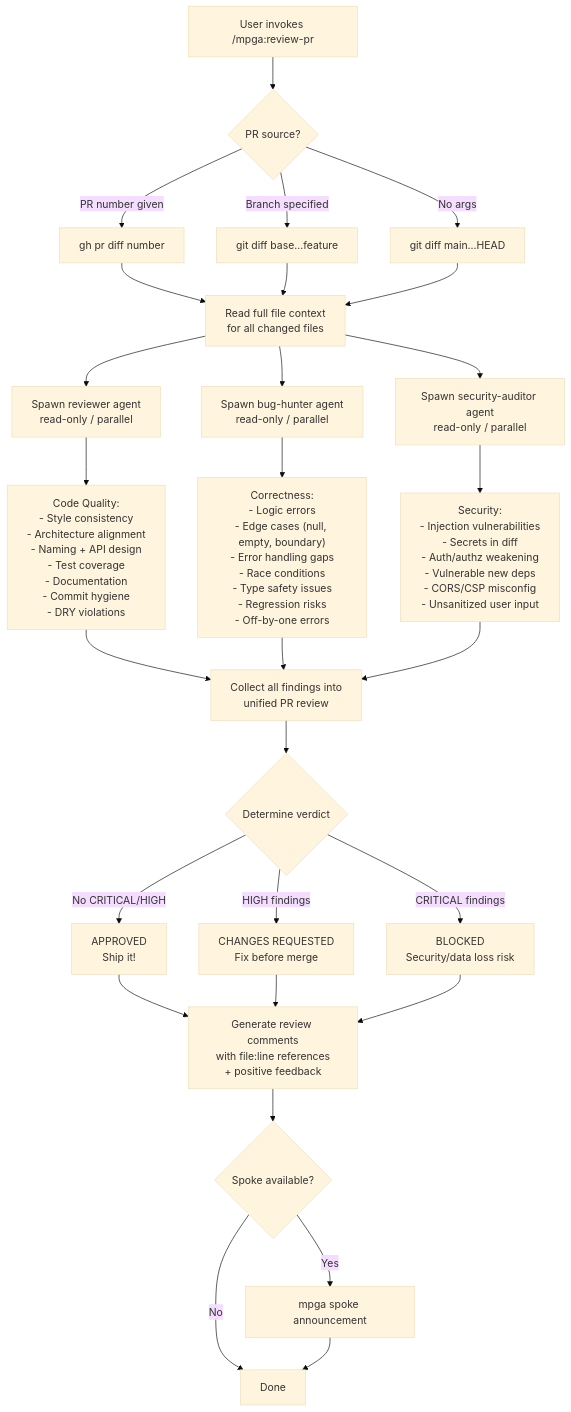
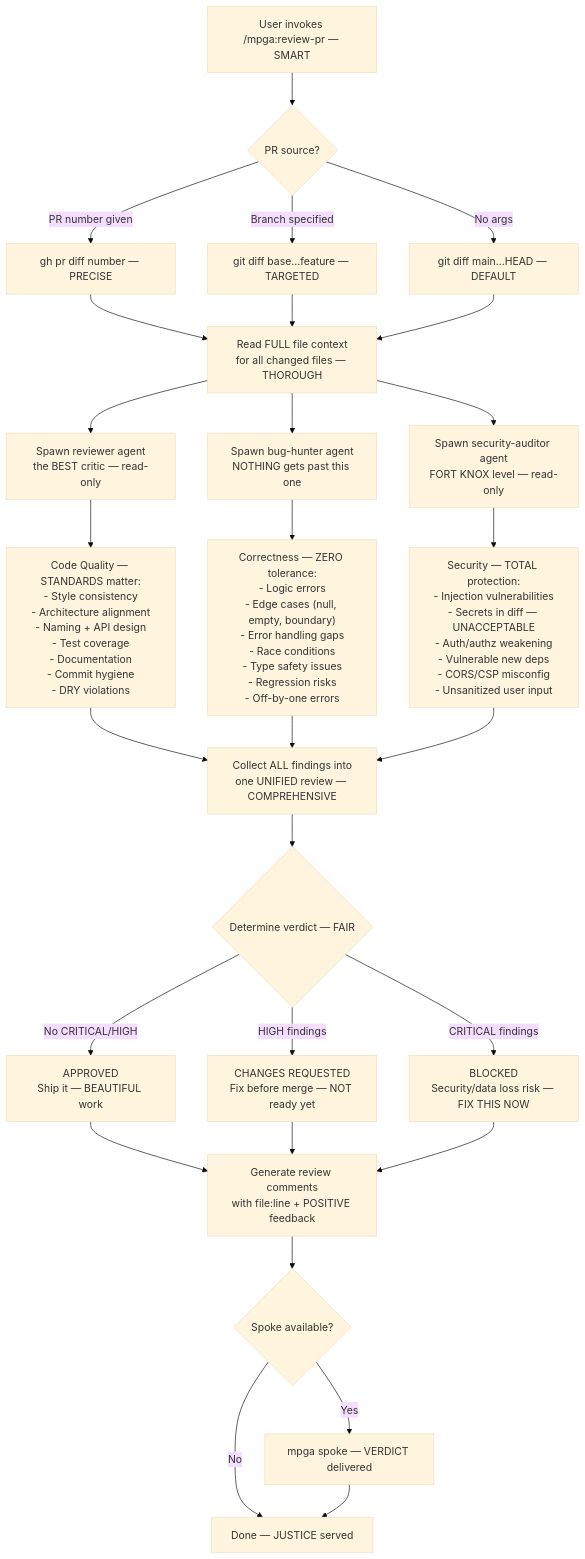
One commit to benrben/MPGA changed the diagram in docs/diagrams/skills/review-pr.md. Above: the diagram before and after it, drawn with Mermaid (base theme). The commit also changed other lines of this file and 28 other files, not shown here.

First line of the commit message:
style: Trumpify all workflow diagrams — TREMENDOUS Mermaid charts

````diff
--- a/docs/diagrams/skills/review-pr.md
+++ b/docs/diagrams/skills/review-pr.md
@@ -5,39 +5,39 @@
 ```mermaid
 flowchart TD
-    A[User invokes /mpga:review-pr] --> B{PR source?}
-    B -->|PR number given| C["gh pr diff number"]
-    B -->|Branch specified| D["git diff base...feature"]
-    B -->|No args| E["git diff main...HEAD"]
+    A[User invokes /mpga:review-pr — SMART] --> B{PR source?}
+    B -->|PR number given| C["gh pr diff number — PRECISE"]
+    B -->|Branch specified| D["git diff base...feature — TARGETED"]
+    B -->|No args| E["git diff main...HEAD — DEFAULT"]
 
-    C --> F[Read full file context\nfor all changed files]
+    C --> F[Read FULL file context\nfor all changed files — THOROUGH]
     D --> F
     E --> F
 
-    F --> G[Spawn reviewer agent\nread-only / parallel]
-    F --> H[Spawn bug-hunter agent\nread-only / parallel]
-    F --> I[Spawn security-auditor agent\nread-only / parallel]
+    F --> G[Spawn reviewer agent\nthe BEST critic — read-only]
+    F --> H[Spawn bug-hunter agent\nNOTHING gets past this one]
+    F --> I[Spawn security-auditor agent\nFORT KNOX level — read-only]
 
-    G --> J["Code Quality:\n- Style consistency\n- Architecture alignment\n- Naming + API design\n- Test coverage\n- Documentation\n- Commit hygiene\n- DRY violations"]
+    G --> J["Code Quality — STANDARDS matter:\n- Style consistency\n- Architecture alignment\n- Naming + API design\n- Test coverage\n- Documentation\n- Commit hygiene\n- DRY violations"]
 
-    H --> K["Correctness:\n- Logic errors\n- Edge cases (null, empty, boundary)\n- Error handling gaps\n- Race conditions\n- Type safety issues\n- Regression risks\n- Off-by-one errors"]
+    H --> K["Correctness — ZERO tolerance:\n- Logic errors\n- Edge cases (null, empty, boundary)\n- Error handling gaps\n- Race conditions\n- Type safety issues\n- Regression risks\n- Off-by-one errors"]
 
-    I --> L["Security:\n- Injection vulnerabilities\n- Secrets in diff\n- Auth/authz weakening\n- Vulnerable new deps\n- CORS/CSP misconfig\n- Unsanitized user input"]
+    I --> L["Security — TOTAL protection:\n- Injection vulnerabilities\n- Secrets in diff — UNACCEPTABLE\n- Auth/authz weakening\n- Vulnerable new deps\n- CORS/CSP misconfig\n- Unsanitized user input"]
 
-    J --> M[Collect all findings into\nunified PR review]
+    J --> M[Collect ALL findings into\none UNIFIED review — COMPREHENSIVE]
     K --> M
     L --> M
 
-    M --> N{Determine verdict}
-    N -->|No CRITICAL/HIGH| O["APPROVED\nShip it!"]
-    N -->|HIGH findings| P["CHANGES REQUESTED\nFix before merge"]
-    N -->|CRITICAL findings| Q["BLOCKED\nSecurity/data loss risk"]
+    M --> N{Determine verdict — FAIR}
+    N -->|No CRITICAL/HIGH| O["APPROVED\nShip it — BEAUTIFUL work"]
+    N -->|HIGH findings| P["CHANGES REQUESTED\nFix before merge — NOT ready yet"]
+    N -->|CRITICAL findings| Q["BLOCKED\nSecurity/data loss risk — FIX THIS NOW"]
 
-    O --> R[Generate review comments\nwith file:line references\n+ positive feedback]
+    O --> R[Generate review comments\nwith file:line + POSITIVE feedback]
     P --> R
     Q --> R
 
     R --> S{Spoke available?}
-    S -->|Yes| T[mpga spoke announcement]
-    S -->|No| U[Done]
+    S -->|Yes| T[mpga spoke — VERDICT delivered]
+    S -->|No| U[Done — JUSTICE served]
     T --> U
 ```
````
